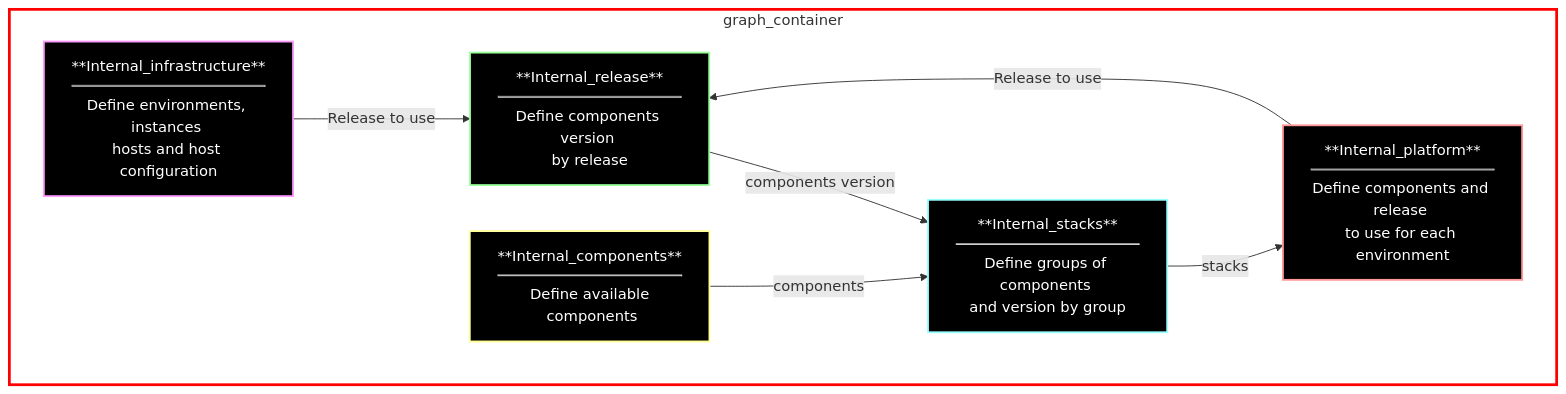
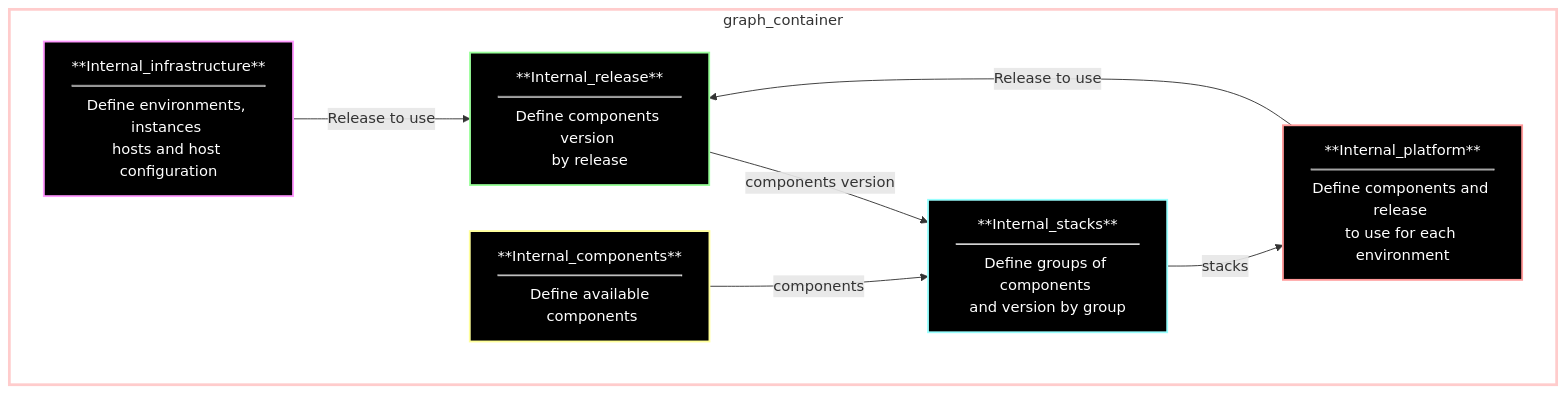
Before and after one commit to SavaiRavikiran/Monitoring_With_Prometheus-Grafana: the first of 39 diagrams in Markdown1.md, drawn with Mermaid. The commit also changed other lines of this file, not shown here.

````diff
--- a/Markdown1.md
+++ b/Markdown1.md
@@ -3,18 +3,18 @@
 ```mermaid
 graph TD;
   subgraph graph_container
-    style graph_container fill:transparent, stroke:#f00, stroke-width:3px, stroke-dasharray: 0;
+    style graph_container fill:transparent, stroke:#ffcccc, stroke-width:3px, stroke-dasharray: 0;
     
     style A fill:#000, stroke:#f9f, stroke-width:2px, stroke-dasharray: 0, color:#fff;
     style B fill:#000, stroke:#9f9, stroke-width:2px, stroke-dasharray: 0, color:#fff;
     style C fill:#000, stroke:#ff9, stroke-width:2px, stroke-dasharray: 0, color:#fff;
     style D fill:#000, stroke:#9ff, stroke-width:2px, stroke-dasharray: 0, color:#fff;
     style E fill:#000, stroke:#f99, stroke-width:2px, stroke-dasharray: 0, color:#fff;
   
     A["**Internal_infrastructure**<br/><hr style='margin-top: 8px; margin-bottom: 8px;'/>Define environments, instances <br/>hosts and host configuration"] -->|Release to use| B["**Internal_release**<br/><hr style='margin-top: 8px; margin-bottom: 8px;'/>Define components version <br/>by release"];
     B -->|components version| D["**Internal_stacks**<br/><hr style='margin-top: 8px; margin-bottom: 8px;'/>Define groups of components <br/>and version by group"];
     D -->|stacks| E["**Internal_platform**<br/><hr style='margin-top: 8px; margin-bottom: 8px;'/>Define components and release <br/>to use for each environment"];
     E -->|Release to use| B;
     C["**Internal_components**<br/><hr style='margin-top: 8px; margin-bottom: 8px;'/>Define available<br/> components"] -->|components| D;
   end;
 ```
````
